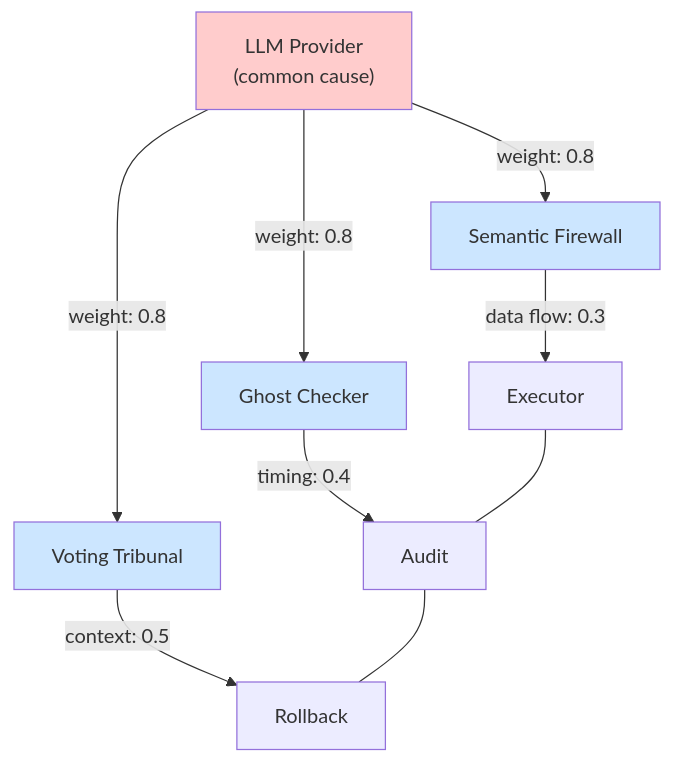
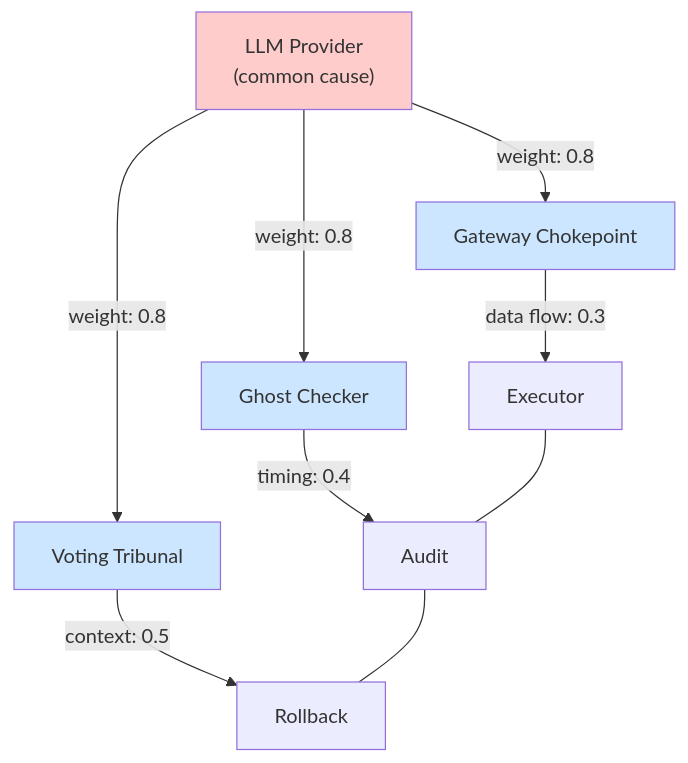
Before and after one commit to quantified-uncertainty/cairn: the first of 3 diagrams in apps/delegation-risk/src/content/docs/entanglements/detection/modeling.md, drawn with Mermaid. The commit also changed other lines of this file and 57 other files, not shown here.

````diff
--- a/apps/delegation-risk/src/content/docs/entanglements/detection/modeling.md
+++ b/apps/delegation-risk/src/content/docs/entanglements/detection/modeling.md
@@ -134,18 +134,18 @@
 ```mermaid
 flowchart TB
     LLM["LLM Provider<br/>(common cause)"]
-    LLM -->|"weight: 0.8"| SF["Semantic Firewall"]
+    LLM -->|"weight: 0.8"| SF["Gateway Chokepoint"]
     LLM -->|"weight: 0.8"| GC["Ghost Checker"]
     LLM -->|"weight: 0.8"| VT["Voting Tribunal"]
 
     SF -->|"data flow: 0.3"| EX[Executor]
     GC -->|"timing: 0.4"| AU[Audit]
     VT -->|"context: 0.5"| RB[Rollback]
 
     EX --- AU --- RB
 
     style LLM fill:#ffcccc
     style SF fill:#cce6ff
     style GC fill:#cce6ff
     style VT fill:#cce6ff
 ```
````
